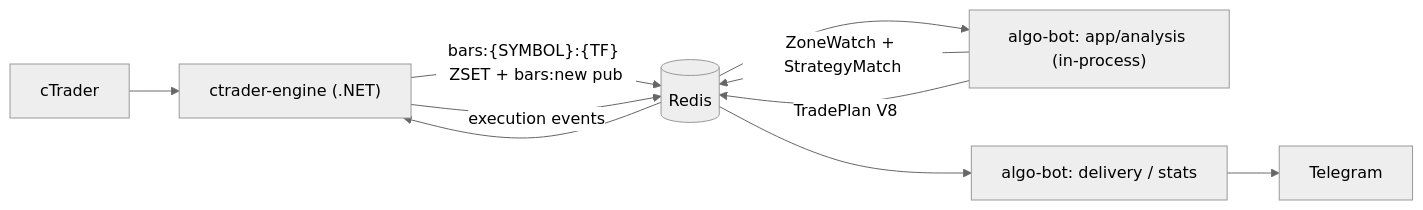
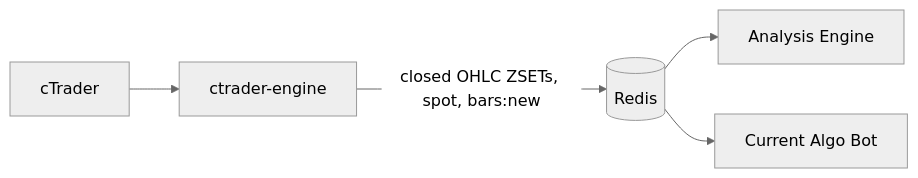
One commit to st-mich43l/apexvoid-trading-bot changed the first of 2 diagrams in docs/architecture/event-flow.md. Above: the diagram before and after it, drawn with Mermaid (neutral theme). The commit also changed other lines of this file and 80 other files, not shown here.

````diff
--- a/docs/architecture/event-flow.md
+++ b/docs/architecture/event-flow.md
@@ -5,12 +5,7 @@
 ```mermaid
 flowchart LR
-    CT[cTrader] --> CE["ctrader-engine (.NET)"]
-    CE -->|"bars:{SYMBOL}:{TF} ZSET + bars:new pub"| R[(Redis)]
-    R --> AB["algo-bot: app/analysis (in-process)"]
-    AB -->|"ZoneWatch + StrategyMatch"| R
-    AB -->|"TradePlan V8"| R
-    R --> CE
-    CE -->|"execution events"| R
-    R --> AB2["algo-bot: delivery / stats"]
-    AB2 --> TG[Telegram]
+    CT[cTrader] --> CE[ctrader-engine]
+    CE -->|closed OHLC ZSETs, spot, bars:new| R[(Redis)]
+    R --> AE[Analysis Engine]
+    R --> AB[Current Algo Bot]
 ```
````
